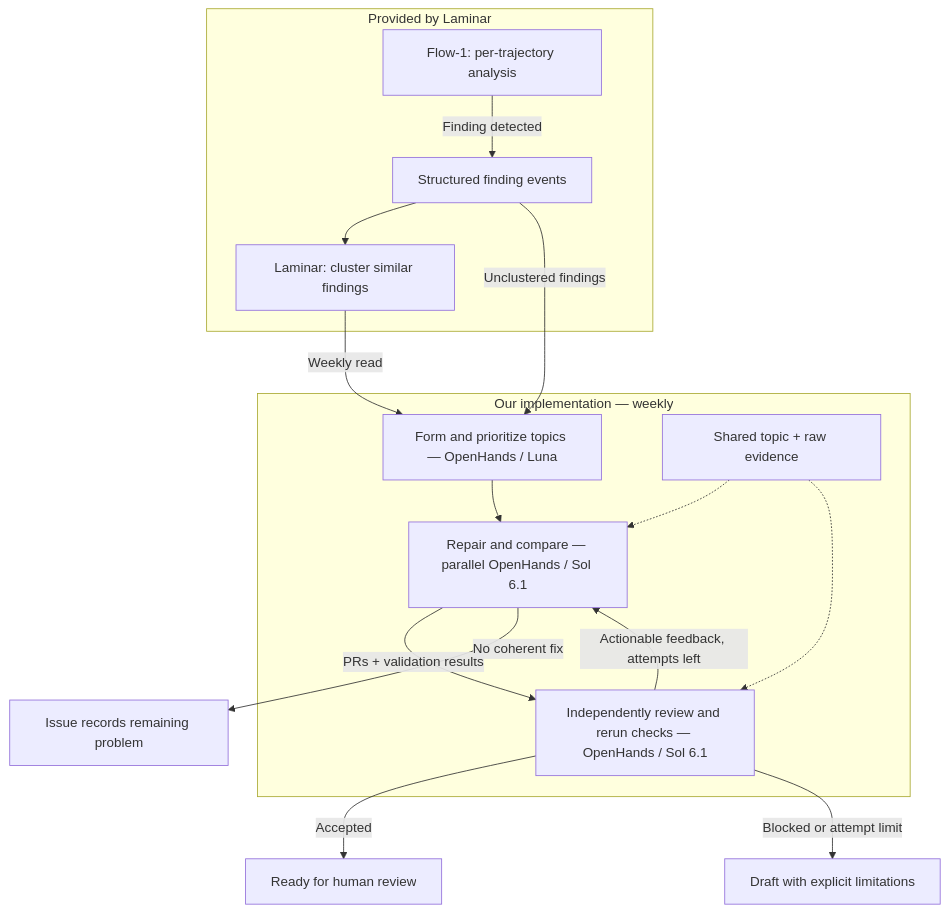
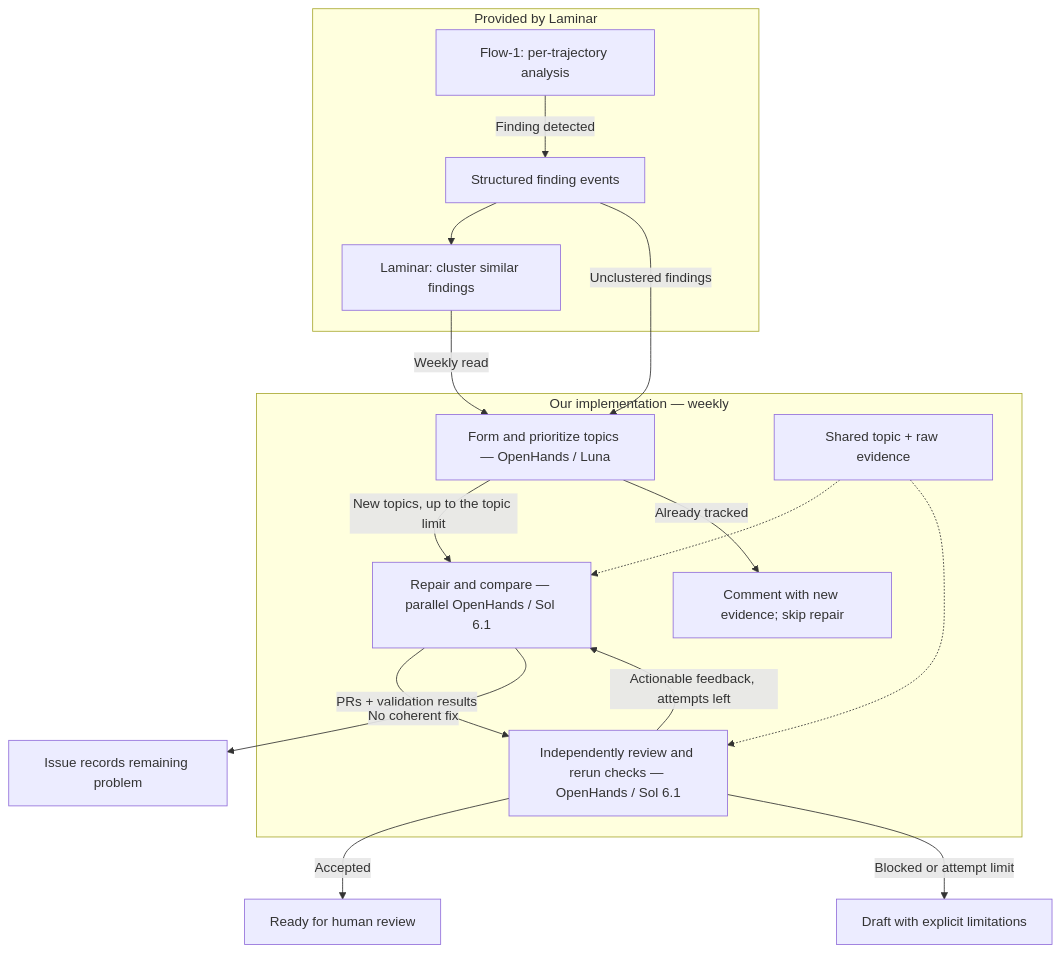
One commit to OpenHands/oss-agent-canvas changed the second of 2 diagrams in automations/weekly-automation-improvement/HOW_IT_WORKS.md. Above: the diagram before and after it, drawn with Mermaid. The commit also changed other lines of this file and 9 other files, not shown here.

Commit message:
Reconcile tracked topics before allocating repair slots

````diff
--- a/automations/weekly-automation-improvement/HOW_IT_WORKS.md
+++ b/automations/weekly-automation-improvement/HOW_IT_WORKS.md
@@ -28,26 +28,27 @@
 ```mermaid
 flowchart TD
     subgraph laminar["Provided by Laminar"]
         flow["Flow-1: per-trajectory analysis"]
         events["Structured finding events"]
         clusters["Laminar: cluster similar findings"]
         flow -->|Finding detected| events
         events --> clusters
     end
     subgraph automation["Our implementation — weekly"]
         triage["Form and prioritize topics — OpenHands / Luna"]
         repair["Repair and compare — parallel OpenHands / Sol 6.1"]
         review["Independently review and rerun checks — OpenHands / Sol 6.1"]
         context["Shared topic + raw evidence"]
-        triage --> repair
+        triage -->|New topics, up to the topic limit| repair
+        triage -->|Already tracked| recurrence["Comment with new evidence; skip repair"]
         repair -->|PRs + validation results| review
         context -.-> repair
         context -.-> review
     end
     clusters -->|Weekly read| triage
     events -->|Unclustered findings| triage
     repair -->|No coherent fix| unresolved["Issue records remaining problem"]
     review -->|Actionable feedback, attempts left| repair
     review -->|Accepted| ready["Ready for human review"]
     review -->|Blocked or attempt limit| draft["Draft with explicit limitations"]
 ```
````
